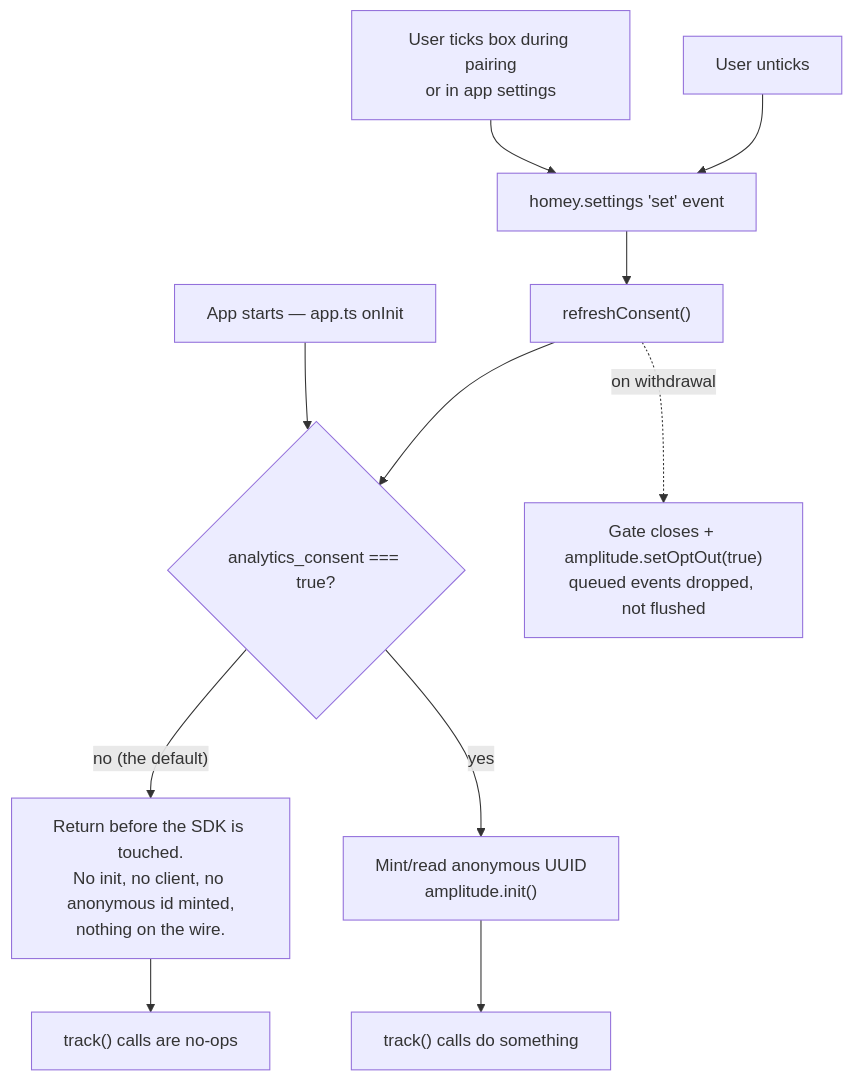
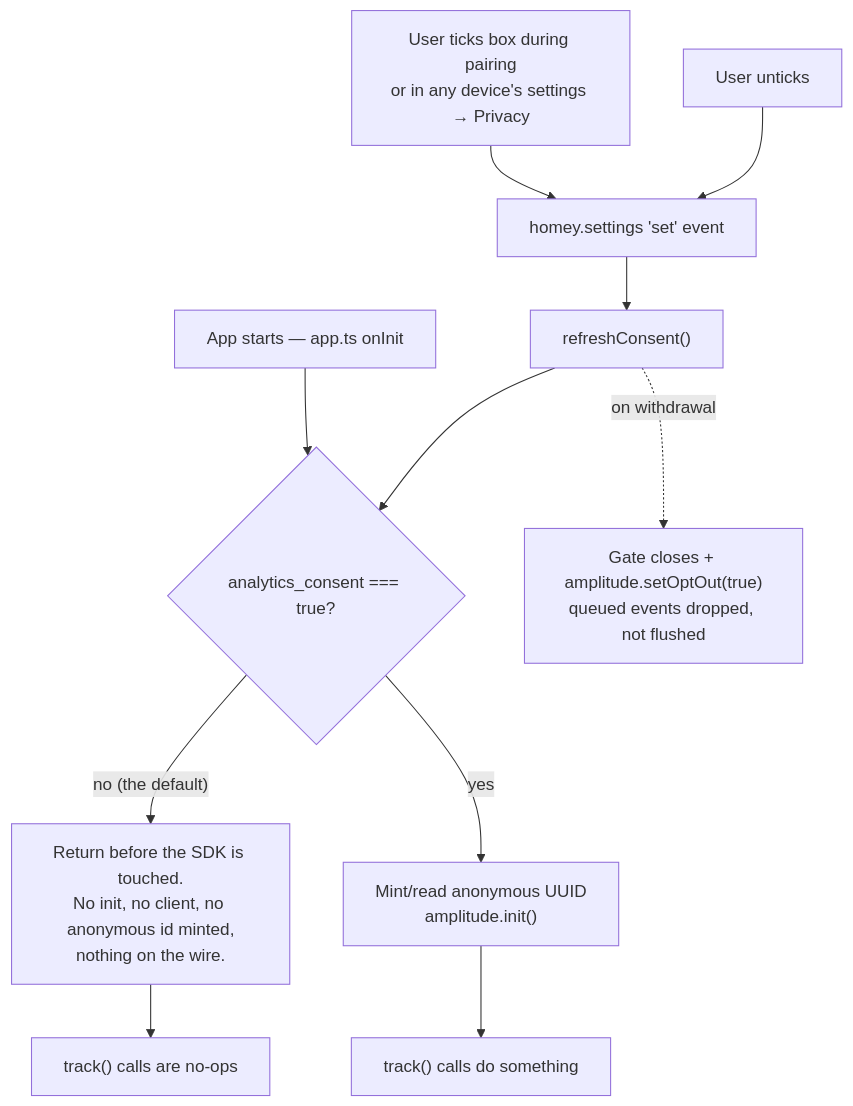
The diagram in docs/analytics.md (lovethyresson/com.nibe.local), drawn with Mermaid before and after one commit. The commit also changed other lines of this file and 44 other files, not shown here.

````diff
--- a/docs/analytics.md
+++ b/docs/analytics.md
@@ -39,13 +39,13 @@
 ```mermaid
 flowchart TD
     A["App starts — app.ts onInit"] --> B{"analytics_consent === true?"}
     B -- "no (the default)" --> C["Return before the SDK is touched.<br/>No init, no client, no anonymous id minted,<br/>nothing on the wire."]
     B -- "yes" --> D["Mint/read anonymous UUID<br/>amplitude.init()"]
     D --> E["track() calls do something"]
     C --> F["track() calls are no-ops"]
-    G["User ticks box during pairing<br/>or in app settings"] --> H["homey.settings 'set' event"]
+    G["User ticks box during pairing<br/>or in any device's settings → Privacy"] --> H["homey.settings 'set' event"]
     H --> I["refreshConsent()"]
     I --> B
     J["User unticks"] --> H
     I -. "on withdrawal" .-> K["Gate closes + amplitude.setOptOut(true)<br/>queued events dropped, not flushed"]
 ```
````
